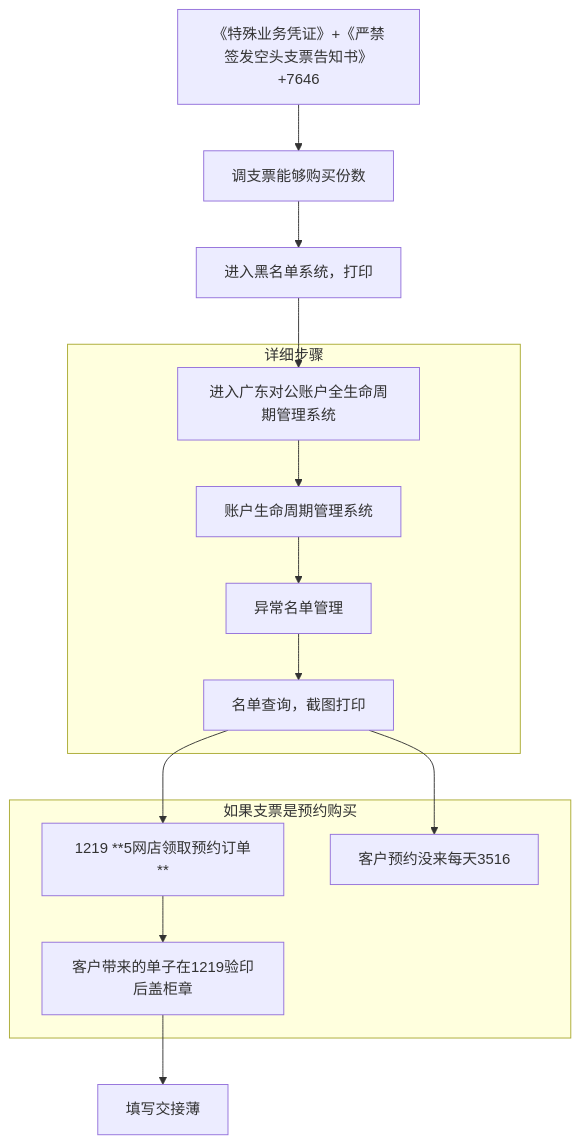
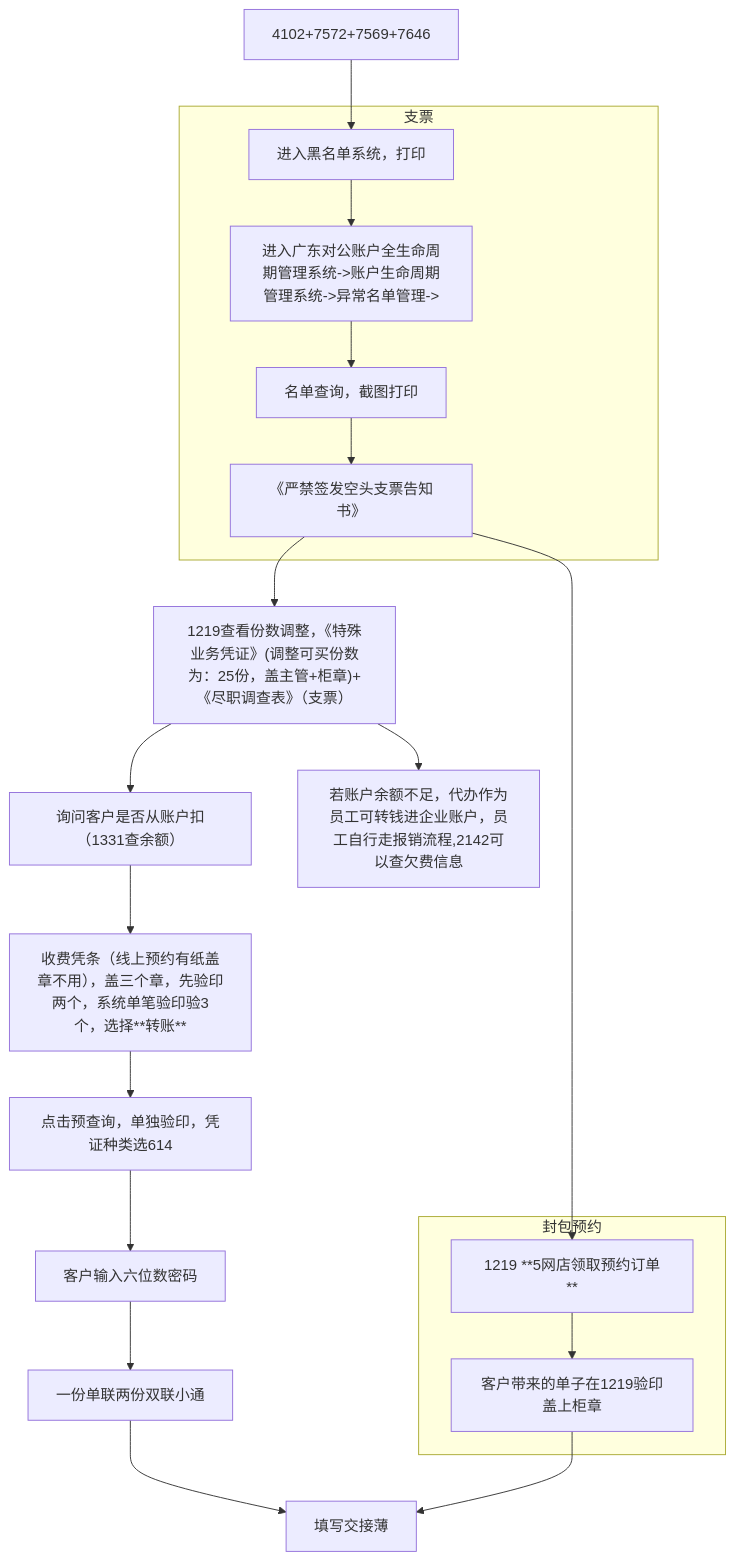
Diagram 15 of 15 in docs/src/Notes/Finance/1100/对公.md (4triumph/blog), drawn with Mermaid before and after one commit. The commit also changed other lines of this file, not shown here.

Commit message:
新增

````diff
--- a/docs/src/Notes/Finance/1100/对公.md
+++ b/docs/src/Notes/Finance/1100/对公.md
@@ -700,27 +712,35 @@
 ```mermaid
 graph TD
-	A["《特殊业务凭证》+《严禁签发空头支票告知书》+7646"]
-	B["调支票能够购买份数"]
-	C["进入黑名单系统，打印"]
-	D["进入广东对公账户全生命周期管理系统"]
-	E["账户生命周期管理系统"]
-	F["异常名单管理"]
-	G["名单查询，截图打印"]
-	H["1219 **5网店领取预约订单**"]
-	I["客户带来的单子在1219验印后盖柜章"]
-	J["填写交接薄"]
-	K["客户预约没来每天3516"]
-	
-	
-	A --> B --> C --> D
-	subgraph 详细步骤
-		D --> E --> F --> G
-	end
-	
-	subgraph 如果支票是预约购买
-		G --> H --> I 
-		G --> K
-	end
-	I --> J
-	
+    A["4102+7572+7569+7646"]
+    B["进入黑名单系统，打印"]
+    C["进入广东对公账户全生命周期管理系统->账户生命周期管理系统->异常名单管理->"]
+    D["名单查询，截图打印"]
+    E["《严禁签发空头支票告知书》"]
+    F["1219查看份数调整，《特殊业务凭证》(调整可买份数为：25份，盖主管+柜章)+《尽职调查表》（支票）"]
+   
+    H["1219 **5网店领取预约订单**"]
+    I["客户带来的单子在1219验印盖上柜章"]
+    J["填写交接薄"]
+    K["询问客户是否从账户扣（1331查余额）"]
+    L["若账户余额不足，代办作为员工可转钱进企业账户，员工自行走报销流程,2142可以查欠费信息"]
+    M["收费凭条（线上预约有纸盖章不用），盖三个章，先验印两个，系统单笔验印验3个，选择**转账**"]
+    N["点击预查询，单独验印，凭证种类选614"]
+    O["客户输入六位数密码"]
+    P["一份单联两份双联小通"]
+    
+
+    A --> B
+    E --> H
+    subgraph 支票
+        B --> C --> D --> E
+    end
+
+    E --> F --> K --> M --> N --> O --> P --> J
+    F --> L
+
+    subgraph 封包预约
+        H --> I
+    end
+
+    I --> J
 ```
````
